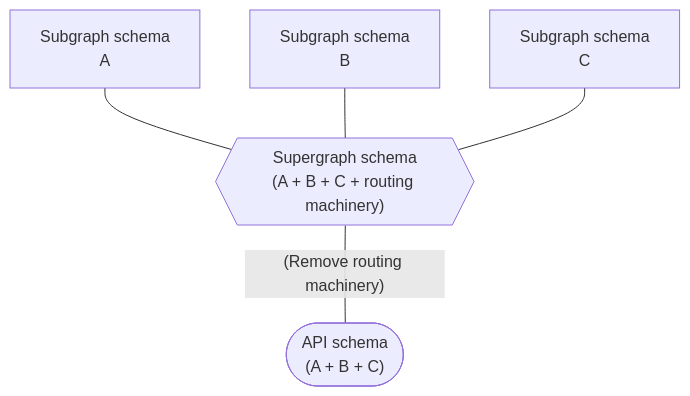
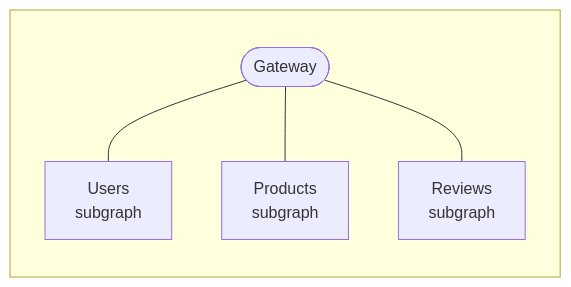
One commit to apollographql/federation changed the first of 8 diagrams in docs/source/index.mdx. Above: the diagram before and after it, drawn with Mermaid. The commit also changed other lines of this file and 77 other files, not shown here.

````diff
--- a/docs/source/index.mdx
+++ b/docs/source/index.mdx
@@ -87,10 +23,10 @@
 ```mermaid
 graph BT;
-  api(["API schema<br/>(A + B + C)"]);
-  supergraph{{"Supergraph schema<br/>(A + B + C + routing machinery)"}};
-  serviceA[Subgraph schema<br>A];
-  serviceB[Subgraph schema<br>B];
-  serviceC[Subgraph schema<br>C];
-  supergraph --- serviceA & serviceB & serviceC;
-  api-- "(Remove routing machinery)" ---supergraph;
+  subgraph " ";
+  gateway([Gateway]);
+  serviceA[Users<br/>subgraph];
+  serviceB[Products<br/>subgraph];
+  serviceC[Reviews<br/>subgraph];
+  gateway --- serviceA & serviceB & serviceC;
+  end;
 ```
````
